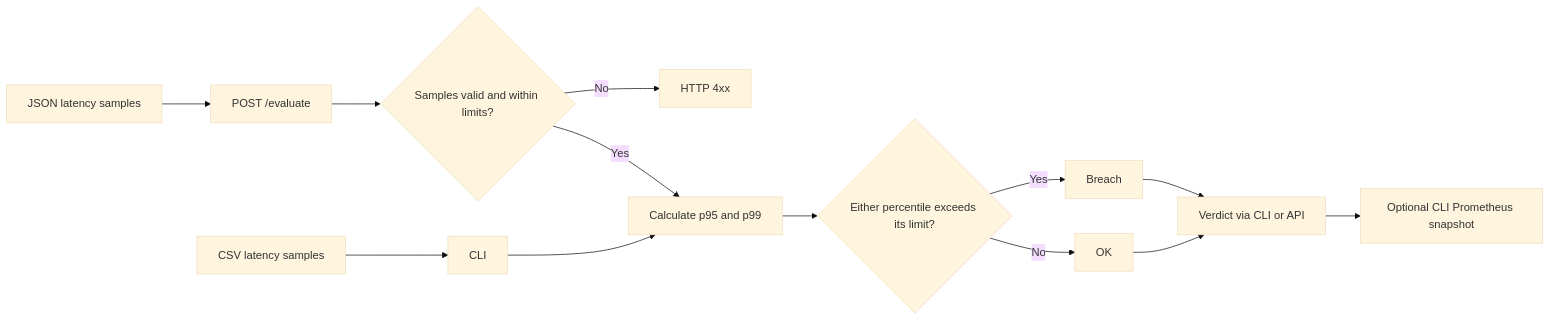
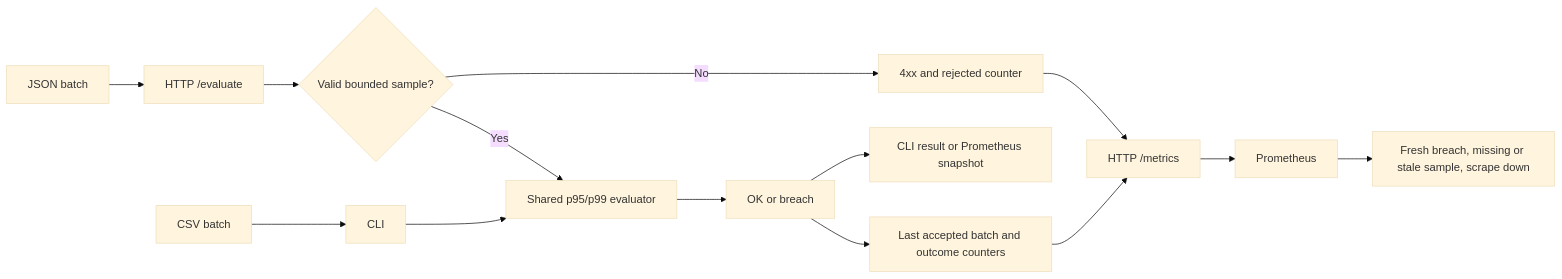
One commit to Klokesh493/api-latency-slo-sentinel changed the diagram in docs/ARCHITECTURE.md. Above: the diagram before and after it, drawn with Mermaid (base theme). The commit also changed other lines of this file and 10 other files, not shown here.

Commit message:
Monitor latency SLO decisions with Prometheus alerts

````diff
--- a/docs/ARCHITECTURE.md
+++ b/docs/ARCHITECTURE.md
@@ -3,15 +3,16 @@
 ```mermaid
 flowchart LR
-    CSV["CSV latency samples"] --> CLI["CLI"]
-    JSON["JSON latency samples"] --> HTTP["POST /evaluate"]
-    HTTP --> Validate{"Samples valid and within limits?"}
-    Validate -->|No| Error["HTTP 4xx"]
-    Validate -->|Yes| Eval["Calculate p95 and p99"]
+    CSV["CSV batch"] --> CLI["CLI"]
+    JSON["JSON batch"] --> API["HTTP /evaluate"]
+    API --> Validate{"Valid bounded sample?"}
+    Validate -->|No| Reject["4xx and rejected counter"]
+    Validate -->|Yes| Eval["Shared p95/p99 evaluator"]
     CLI --> Eval
-    Eval --> Gate{"Either percentile exceeds its limit?"}
-    Gate -->|Yes| Breach["Breach"]
-    Gate -->|No| Healthy["OK"]
-    Breach --> Result["Verdict via CLI or API"]
-    Healthy --> Result
-    Result --> Metrics["Optional CLI Prometheus snapshot"]
+    Eval --> Verdict["OK or breach"]
+    Verdict --> Snapshot["CLI result or Prometheus snapshot"]
+    Verdict --> Record["Last accepted batch and outcome counters"]
+    Reject --> Scrape["HTTP /metrics"]
+    Record --> Scrape
+    Scrape --> Prom["Prometheus"]
+    Prom --> Rules["Fresh breach, missing or stale sample, scrape down"]
 ```
````
